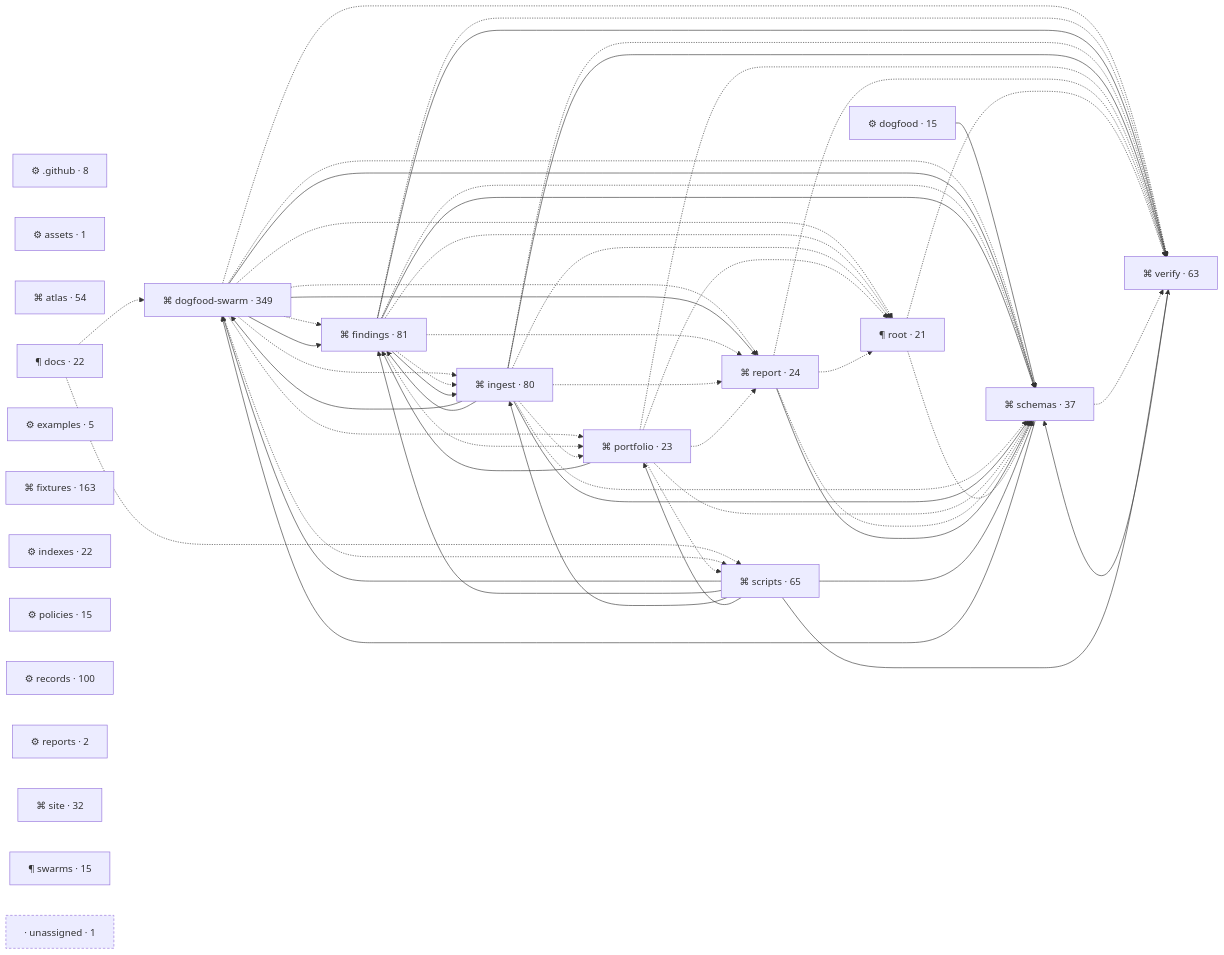
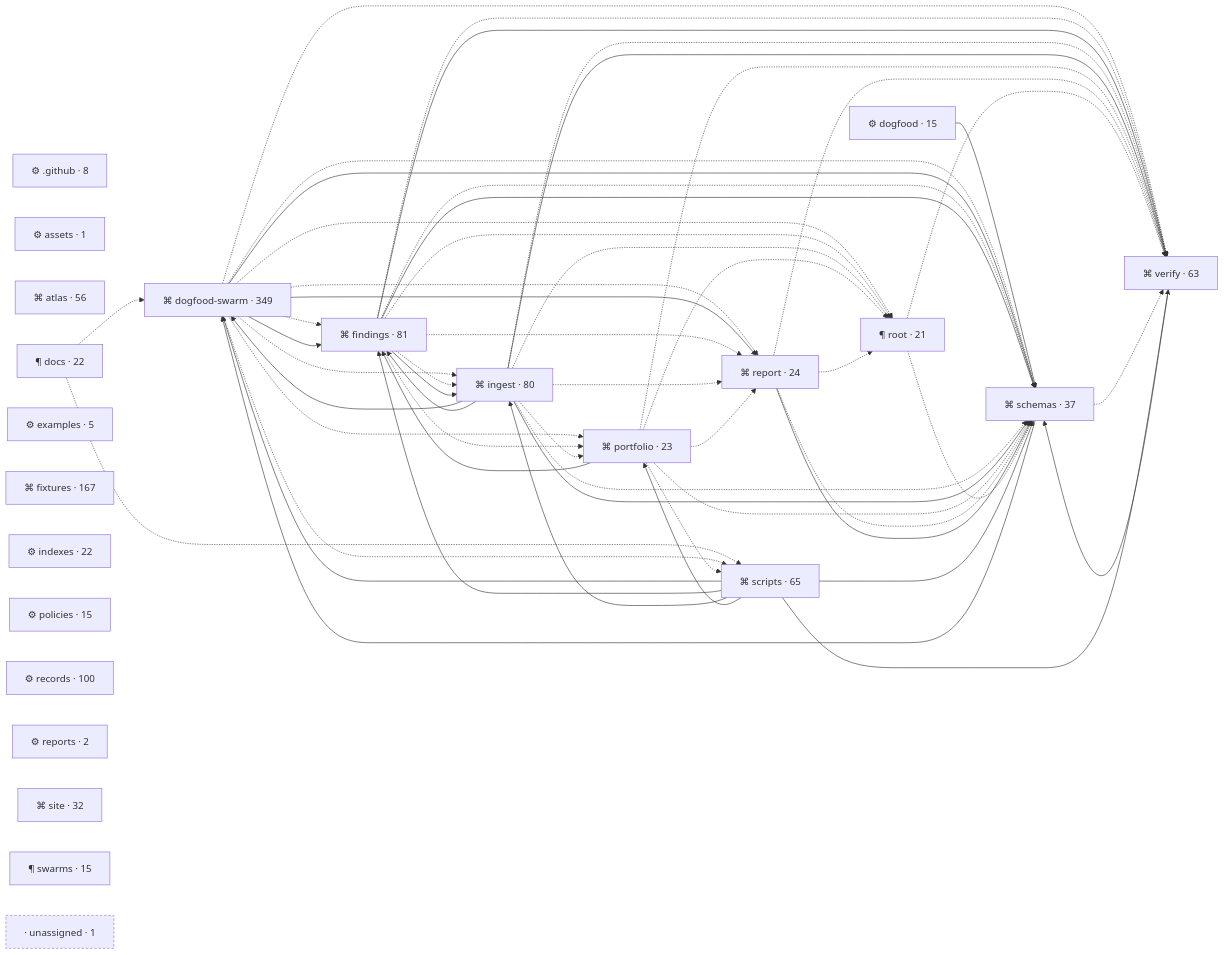
The diagram in atlas/dev.md (dogfood-lab/testing-os), drawn with Mermaid before and after one commit. The commit also changed other lines of this file and 5 other files, not shown here.

````diff
--- a/atlas/dev.md
+++ b/atlas/dev.md
@@ -7,80 +7,80 @@
 ```mermaid
 flowchart LR
 n__github["⚙ .github · 8"]
 n_assets["⚙ assets · 1"]
-n_atlas["⌘ atlas · 54"]
+n_atlas["⌘ atlas · 56"]
 n_docs["¶ docs · 22"]
 n_dogfood["⚙ dogfood · 15"]
 n_dogfood_swarm["⌘ dogfood-swarm · 349"]
 n_examples["⚙ examples · 5"]
 n_findings["⌘ findings · 81"]
-n_fixtures["⌘ fixtures · 163"]
+n_fixtures["⌘ fixtures · 167"]
 n_indexes["⚙ indexes · 22"]
 n_ingest["⌘ ingest · 80"]
 n_policies["⚙ policies · 15"]
 n_portfolio["⌘ portfolio · 23"]
 n_records["⚙ records · 100"]
 n_report["⌘ report · 24"]
 n_reports["⚙ reports · 2"]
 n_root["¶ root · 21"]
 n_schemas["⌘ schemas · 37"]
 n_scripts["⌘ scripts · 65"]
 n_site["⌘ site · 32"]
 n_swarms["¶ swarms · 15"]
 n_verify["⌘ verify · 63"]
 unassigned["· unassigned · 1"]:::unassigned
 n_docs -.-> n_dogfood_swarm
 n_docs -.-> n_scripts
 n_dogfood --> n_schemas
 n_dogfood_swarm -.-> n_findings
 n_dogfood_swarm --> n_findings
 n_dogfood_swarm -.-> n_ingest
 n_dogfood_swarm -.-> n_portfolio
 n_dogfood_swarm -.-> n_report
 n_dogfood_swarm --> n_report
 n_dogfood_swarm -.-> n_root
 n_dogfood_swarm -.-> n_schemas
 n_dogfood_swarm --> n_schemas
 n_dogfood_swarm -.-> n_scripts
 n_dogfood_swarm -.-> n_verify
 n_findings -.-> n_ingest
 n_findings --> n_ingest
 n_findings -.-> n_portfolio
 n_findings -.-> n_report
 n_findings -.-> n_root
 n_findings -.-> n_schemas
 n_findings --> n_schemas
 n_findings -.-> n_verify
 n_findings --> n_verify
 n_ingest --> n_dogfood_swarm
 n_ingest --> n_findings
 n_ingest -.-> n_portfolio
 n_ingest -.-> n_report
 n_ingest -.-> n_root
 n_ingest -.-> n_schemas
 n_ingest --> n_schemas
 n_ingest -.-> n_verify
 n_ingest --> n_verify
 n_portfolio --> n_findings
 n_portfolio -.-> n_report
 n_portfolio -.-> n_root
 n_portfolio -.-> n_schemas
 n_portfolio -.-> n_scripts
 n_portfolio -.-> n_verify
 n_report -.-> n_root
 n_report -.-> n_schemas
 n_report --> n_schemas
 n_report -.-> n_verify
 n_root -.-> n_schemas
 n_root -.-> n_verify
 n_schemas --> n_dogfood_swarm
 n_schemas -.-> n_verify
 n_scripts --> n_dogfood_swarm
 n_scripts --> n_findings
 n_scripts --> n_ingest
 n_scripts --> n_portfolio
 n_scripts --> n_schemas
 n_scripts --> n_verify
 n_verify --> n_schemas
 classDef unassigned stroke-dasharray: 4 3
 ```
````
